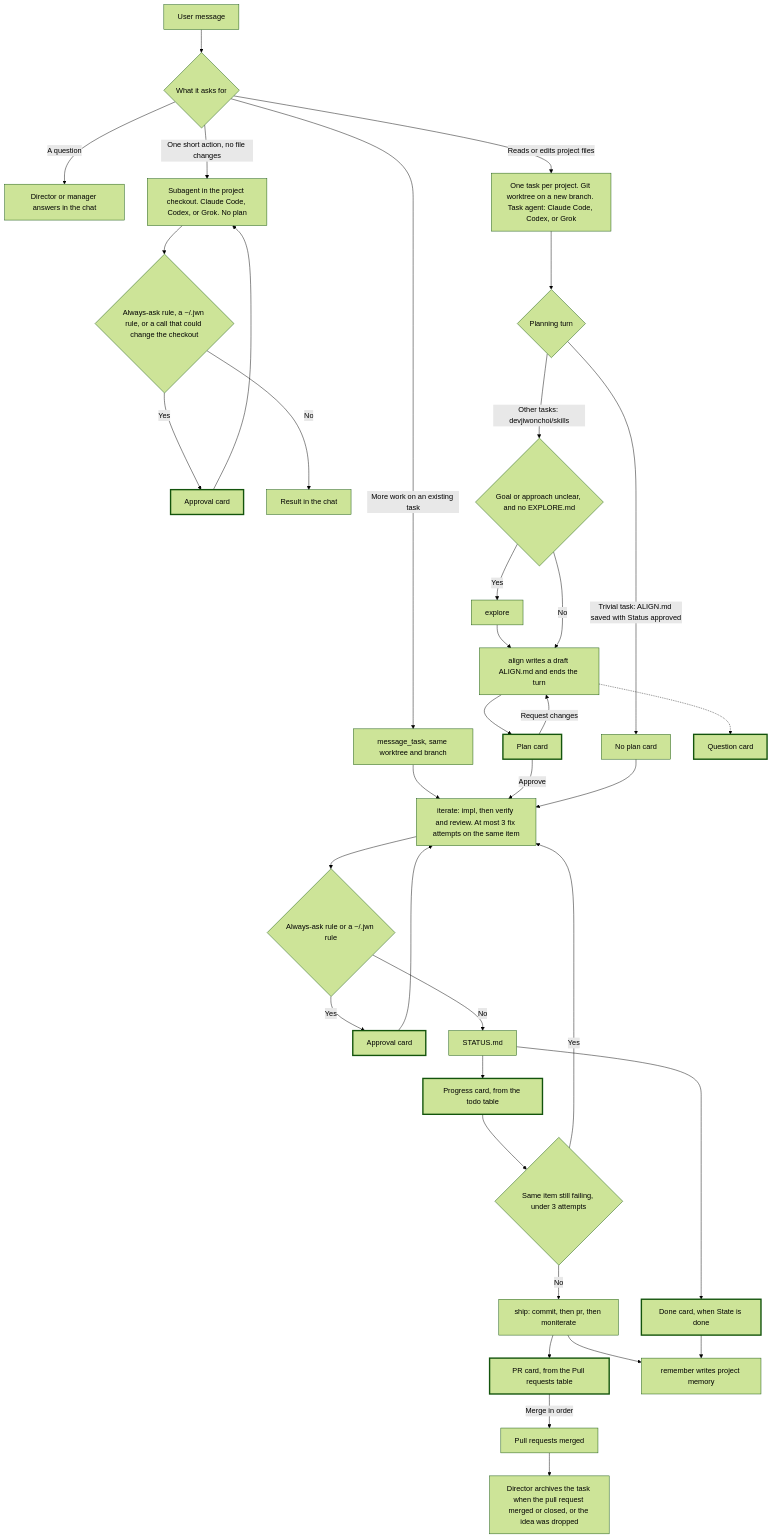
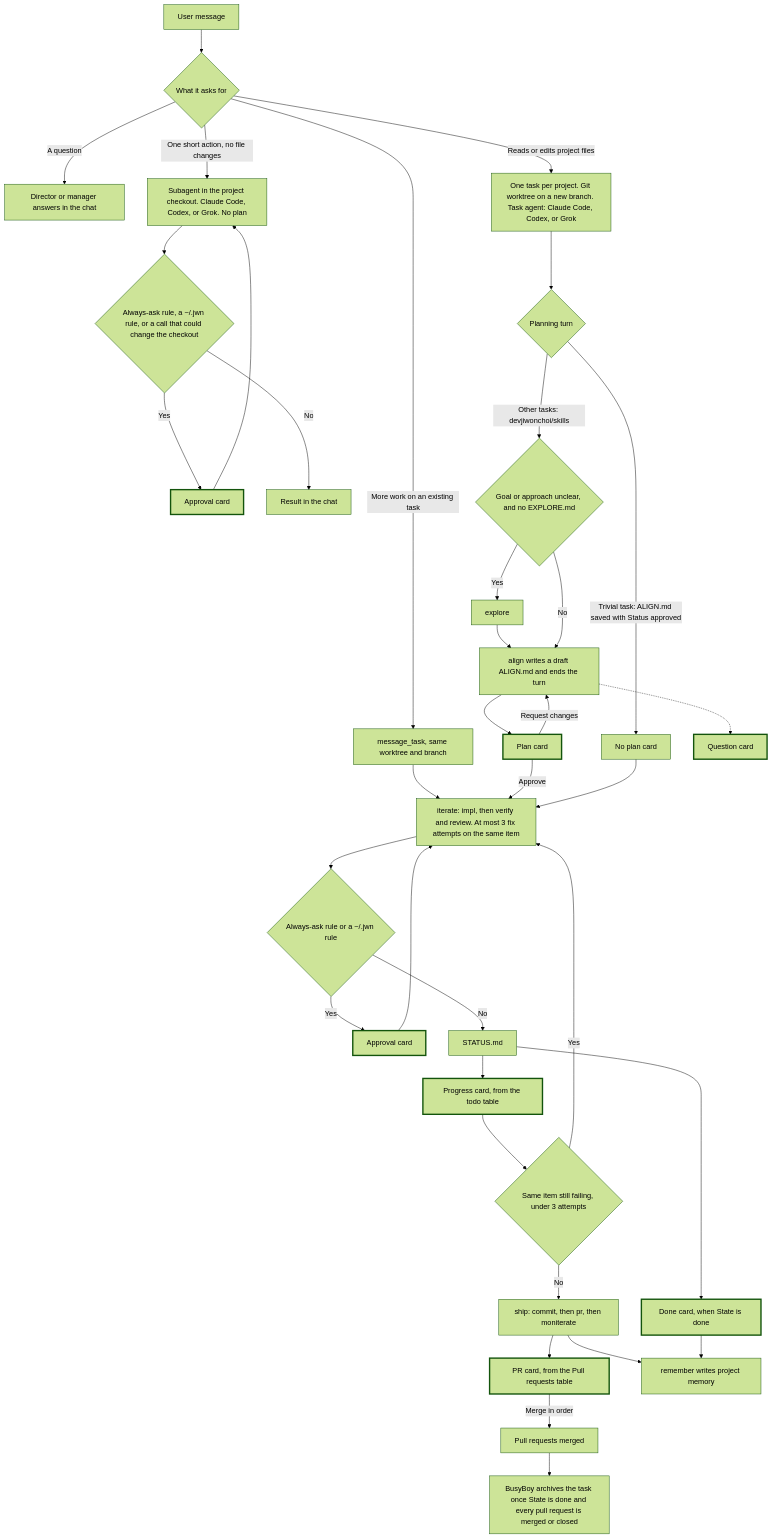
Before and after one commit to devjiwonchoi/busyboy: the first of 2 diagrams in README.md, drawn with Mermaid (forest theme). The commit also changed other lines of this file, not shown here.

````diff
--- a/README.md
+++ b/README.md
@@ -14,46 +14,46 @@
 ```mermaid
 flowchart TD
   classDef card stroke-width:3px
 
   msg["User message"] --> kind{"What it asks for"}
   kind -->|"A question"| talk["Director or manager answers in the chat"]
   kind -->|"One short action, no file changes"| sub["Subagent in the project checkout. Claude Code, Codex, or Grok. No plan"]
   kind -->|"Reads or edits project files"| task["One task per project. Git worktree on a new branch. Task agent: Claude Code, Codex, or Grok"]
   kind -->|"More work on an existing task"| follow["message_task, same worktree and branch"]
   follow --> iter
 
   sub --> subRule{"Always-ask rule, a ~/.jwn rule, or a call that could change the checkout"}
   subRule -->|Yes| subCard["Approval card"]
   subCard --> sub
   subRule -->|No| subDone["Result in the chat"]
 
   task --> planKind{"Planning turn"}
   planKind -->|"Trivial task: ALIGN.md saved with Status approved"| noPlan["No plan card"]
   planKind -->|"Other tasks: devjiwonchoi/skills"| unclear{"Goal or approach unclear, and no EXPLORE.md"}
   unclear -->|Yes| explore["explore"]
   explore --> draft["align writes a draft ALIGN.md and ends the turn"]
   unclear -->|No| draft
   draft --> planCard["Plan card"]
   draft -.-> askCard["Question card"]
   planCard -->|Approve| iter
   planCard -->|Request changes| draft
   noPlan --> iter
 
   iter["iterate: impl, then verify and review. At most 3 fix attempts on the same item"]
   iter --> rule{"Always-ask rule or a ~/.jwn rule"}
   rule -->|Yes| appr["Approval card"]
   appr --> iter
   rule -->|No| status["STATUS.md"]
   status --> prog["Progress card, from the todo table"]
   prog --> retry{"Same item still failing, under 3 attempts"}
   retry -->|Yes| iter
   retry -->|No| ship["ship: commit, then pr, then moniterate"]
   ship --> prCard["PR card, from the Pull requests table"]
   status --> doneCard["Done card, when State is done"]
   prCard -->|"Merge in order"| merged["Pull requests merged"]
   ship --> memory["remember writes project memory"]
   doneCard --> memory
-  merged --> archived["Director archives the task when the pull request merged or closed, or the idea was dropped"]
+  merged --> archived["BusyBoy archives the task once State is done and every pull request is merged or closed"]
 
   class subCard,planCard,askCard,appr,prog,prCard,doneCard card
 ```
````
